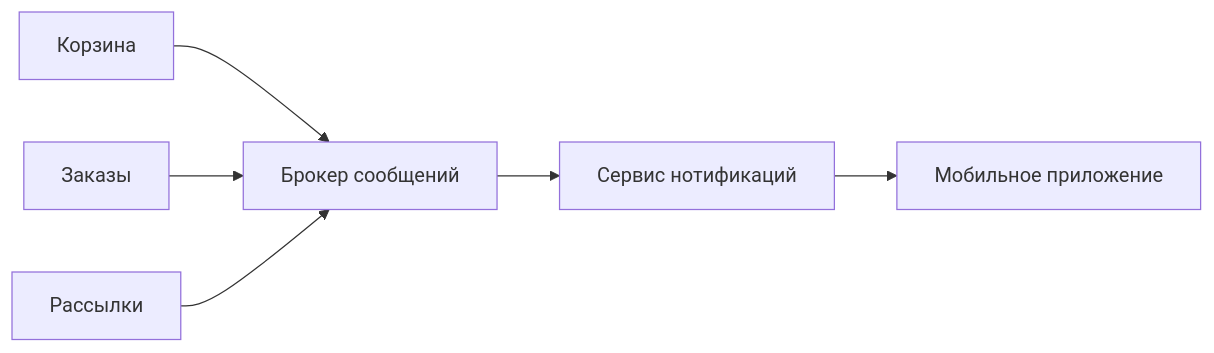
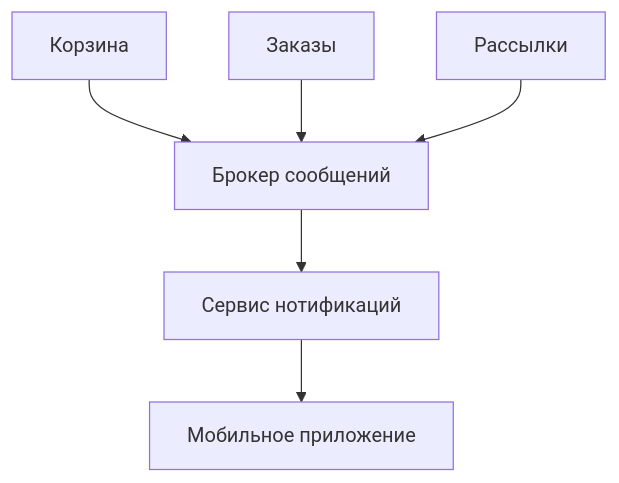
One commit to yanalaska-analyst/effective-mobile-test-sa changed the diagram in diagrams/architecture.md. Above: the diagram before and after it, drawn with Mermaid.

````diff
--- a/diagrams/architecture.md
+++ b/diagrams/architecture.md
@@ -1,16 +1,16 @@
 ```mermaid
-flowchart LR
+flowchart TD
 CartService[Корзина]
     OrderService[Заказы]
     MailingService[Рассылки]
     Broker[Брокер сообщений]
     NotificationService[Сервис нотификаций]
     MobileApp[Мобильное приложение]
 
     CartService --> Broker
     OrderService --> Broker
     MailingService --> Broker
 
     Broker --> NotificationService
     NotificationService --> MobileApp
 ```
````
